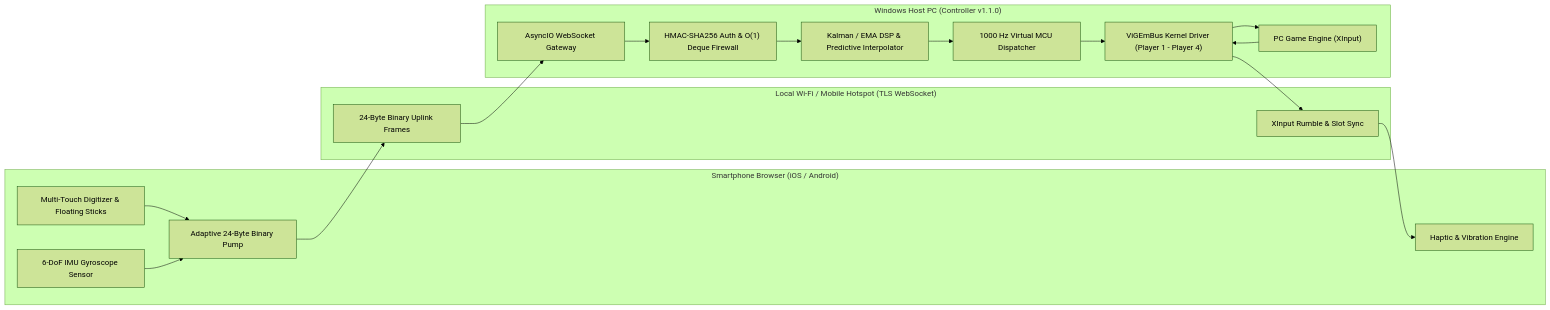
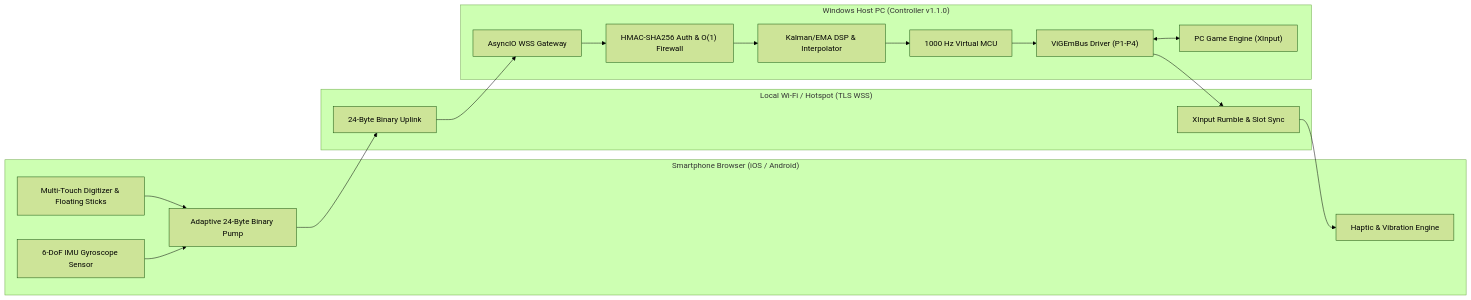
One commit to UnityNimit/controller changed the first of 2 diagrams in README.md. Above: the diagram before and after it, drawn with Mermaid (forest theme). The commit also changed other lines of this file, not shown here.

````diff
--- a/README.md
+++ b/README.md
@@ -27,35 +93,24 @@
 ```mermaid
 flowchart LR
     subgraph Phone["Smartphone Browser (iOS / Android)"]
-        Touch["Multi-Touch Digitizer & Floating Sticks"]
-        Gyro["6-DoF IMU Gyroscope Sensor"]
+        Touch["Multi-Touch Digitizer & Floating Sticks"] --> Pump["Adaptive 24-Byte Binary Pump"]
+        Gyro["6-DoF IMU Gyroscope Sensor"] --> Pump
         Haptics["Haptic & Vibration Engine"]
-        Pump["Adaptive 24-Byte Binary Pump"]
-        Touch --> Pump
-        Gyro --> Pump
     end
 
-    subgraph Network["Local Wi-Fi / Mobile Hotspot (TLS WebSocket)"]
-        Uplink["24-Byte Binary Uplink Frames"]
+    subgraph Network["Local Wi-Fi / Hotspot (TLS WSS)"]
+        Uplink["24-Byte Binary Uplink"]
         Downlink["XInput Rumble & Slot Sync"]
     end
 
     subgraph PC["Windows Host PC (Controller v1.1.0)"]
-        Server["AsyncIO WebSocket Gateway"]
-        Firewall["HMAC-SHA256 Auth & O(1) Deque Firewall"]
-        DSP["Kalman / EMA DSP & Predictive Interpolator"]
-        MCU["1000 Hz Virtual MCU Dispatcher"]
-        ViGEm["ViGEmBus Kernel Driver (Player 1 - Player 4)"]
-        Game["PC Game Engine (XInput)"]
-
-        Server --> Firewall
-        Firewall --> DSP
-        DSP --> MCU
-        MCU --> ViGEm
-        ViGEm --> Game
-        Game --> ViGEm
+        Server["AsyncIO WSS Gateway"] --> Firewall["HMAC-SHA256 Auth & O(1) Firewall"]
+        Firewall --> DSP["Kalman/EMA DSP & Interpolator"]
+        DSP --> MCU["1000 Hz Virtual MCU"]
+        MCU --> ViGEm["ViGEmBus Driver (P1-P4)"]
+        ViGEm <--> Game["PC Game Engine (XInput)"]
     end
 
     Pump --> Uplink --> Server
     ViGEm --> Downlink --> Haptics
 ```
````
